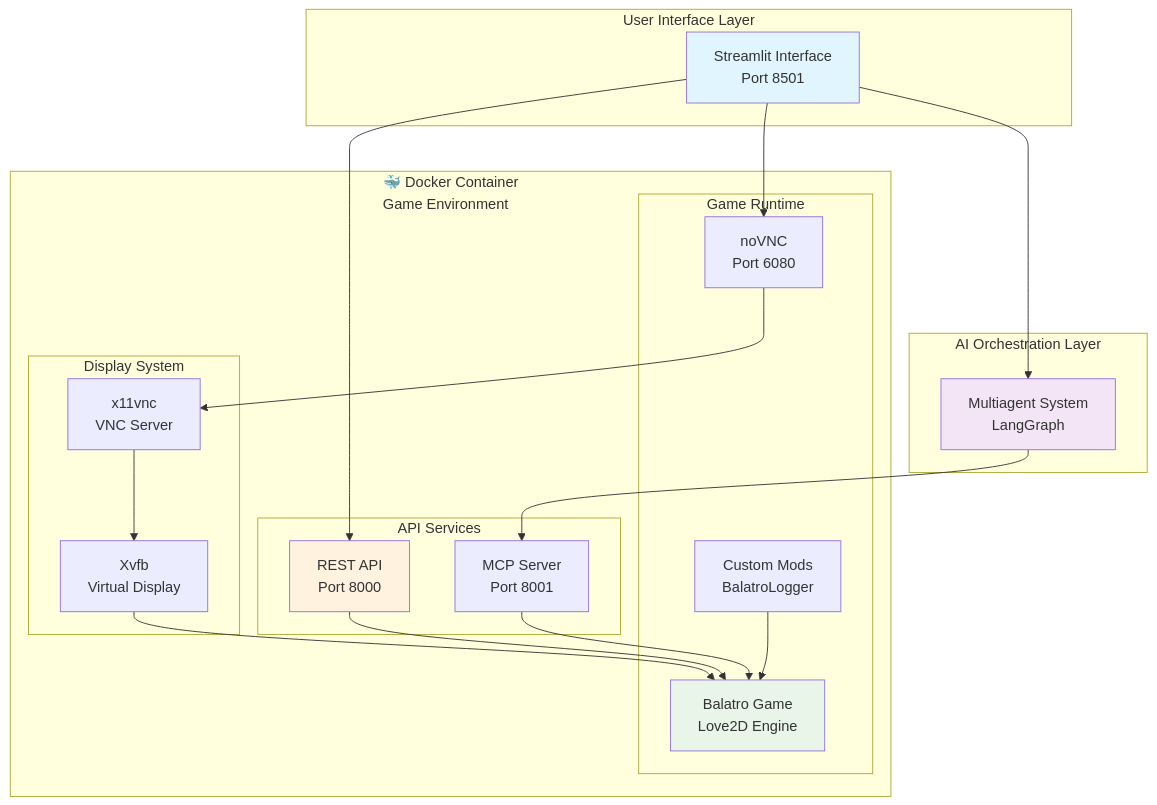
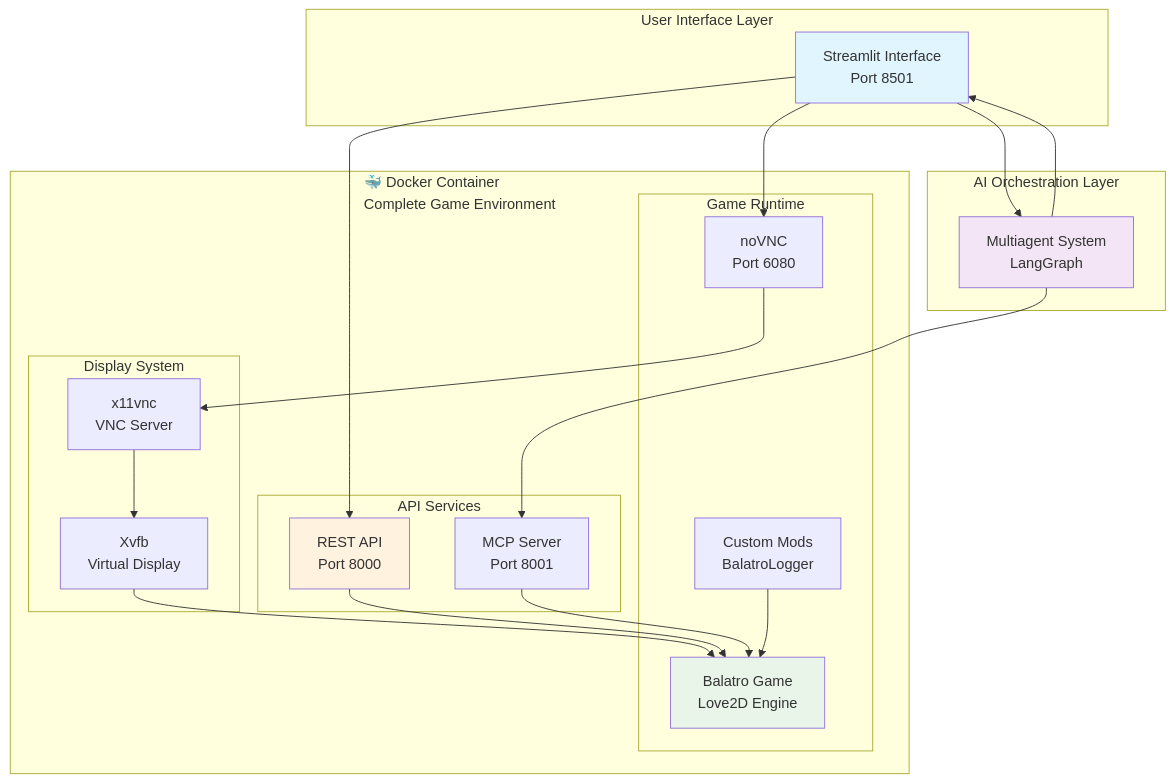
Before and after one commit to Javier-Jimenez99/JokerNet: the first of 3 diagrams in README.md, drawn with Mermaid. The commit also changed other lines of this file, not shown here.

Commit message:
update diagrams

````diff
--- a/README.md
+++ b/README.md
@@ -59,45 +57,46 @@
 ```mermaid
 graph TB
     subgraph "User Interface Layer"
         A[Streamlit Interface<br/>Port 8501]
     end
 
     subgraph "AI Orchestration Layer"
         C[Multiagent System<br/>LangGraph]
     end
 
-    subgraph "🐳 Docker Container<br/>Game Environment"
+    subgraph "🐳 Docker Container<br/>Complete Game Environment"
         subgraph "API Services"
             F[REST API<br/>Port 8000]
             G[MCP Server<br/>Port 8001]
         end
 
         subgraph "Game Runtime"
             B[noVNC<br/>Port 6080]
             D[Balatro Game<br/>Love2D Engine]
             E[Custom Mods<br/>BalatroLogger]
         end
 
         subgraph "Display System"
             H[Xvfb<br/>Virtual Display]
             I[x11vnc<br/>VNC Server]
         end
 
         B --> I
         I --> H
         H --> D
         F --> D
         G --> D
         E --> D
     end
 
     A --> F
     A --> B
     A --> C
+    C --> A
     C --> G
 
     style A fill:#e1f5fe
     style C fill:#f3e5f5
     style D fill:#e8f5e8
     style F fill:#fff3e0
 ```
````
